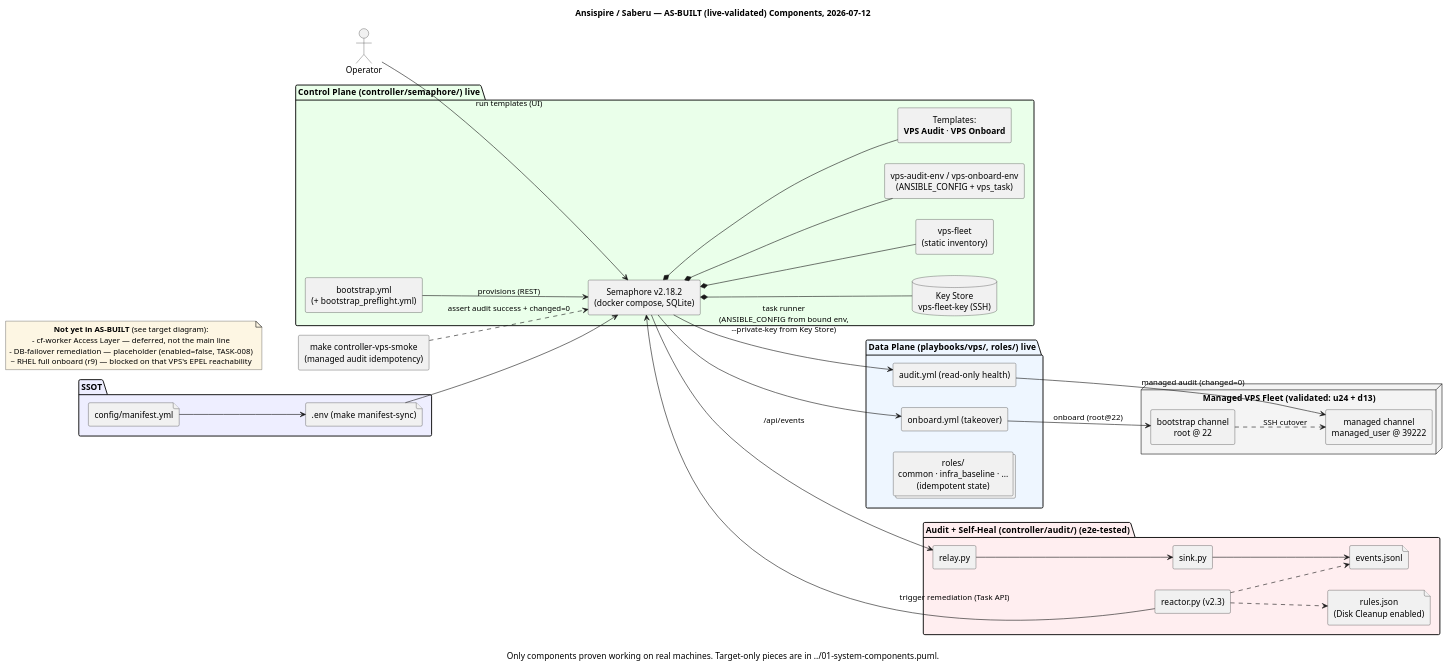
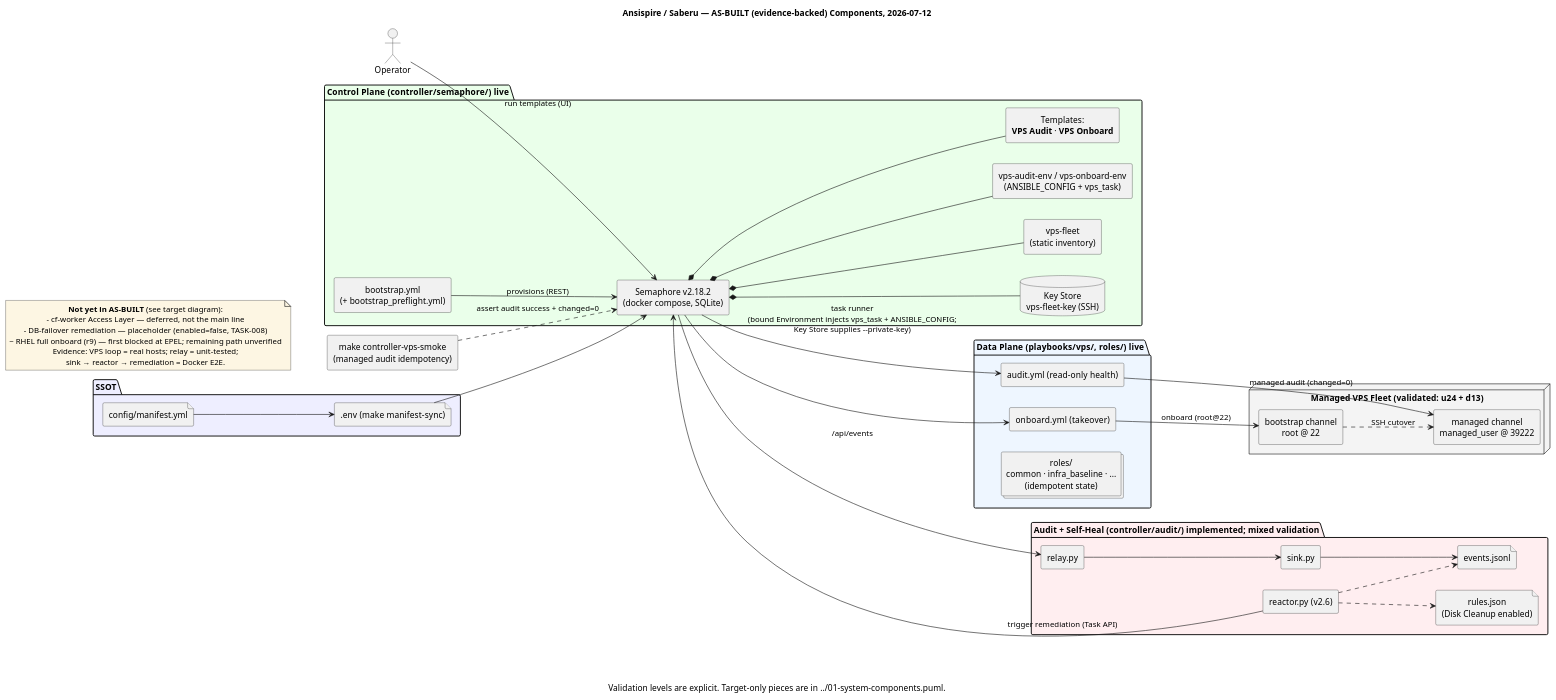
The diagram in docs/feat-target-architecture/diagrams/as-built/01-components-as-built.puml (taoziyoyo2566/ansispire), drawn with PlantUML before and after one commit. The commit also changed 45 other files, not shown here.

First line of the commit message:
docs(feat-target-architecture): own the diagram set in the feature hub; reconcile doc truth (round 13)

```diff
--- a/docs/feat-target-architecture/diagrams/as-built/01-components-as-built.puml
+++ b/docs/feat-target-architecture/diagrams/as-built/01-components-as-built.puml
@@ -1,73 +1,75 @@
 @startuml ansispire-components-as-built
-title Ansispire / Saberu — AS-BUILT (live-validated) Components, 2026-07-12
-caption Only components proven working on real machines. Target-only pieces are in ../01-system-components.puml.
+title Ansispire / Saberu — AS-BUILT (evidence-backed) Components, 2026-07-12
+caption Validation levels are explicit. Target-only pieces are in ../01-system-components.puml.
 skinparam componentStyle rectangle
 skinparam shadowing false
 skinparam defaultTextAlignment center
 left to right direction
 
 actor Operator as OP
 
 package "SSOT" #eef {
   file "config/manifest.yml" as MAN
   file ".env  (make manifest-sync)" as ENV
   MAN --> ENV
 }
 
 package "Control Plane  (controller/semaphore/)  live" as CP #eaffea {
   component "Semaphore v2.18.2\n(docker compose, SQLite)" as SEM
   component "bootstrap.yml\n(+ bootstrap_preflight.yml)" as BOOT
   database "Key Store\nvps-fleet-key (SSH)" as KS
   component "vps-fleet\n(static inventory)" as INV
   component "vps-audit-env / vps-onboard-env\n(ANSIBLE_CONFIG + vps_task)" as ENVR
   component "Templates:\n**VPS Audit** · **VPS Onboard**" as TPL
   BOOT --> SEM : provisions (REST)
   SEM *-- KS
   SEM *-- INV
   SEM *-- ENVR
   SEM *-- TPL
 }
 
 package "Data Plane  (playbooks/vps/, roles/)  live" as DP #eef6ff {
   component "audit.yml  (read-only health)" as AUD
   component "onboard.yml  (takeover)" as ONB
   collections "roles/\ncommon · infra_baseline · ...\n(idempotent state)" as ROLES
 }
 
-package "Audit + Self-Heal  (controller/audit/)  (e2e-tested)" as AP #ffeef0 {
+package "Audit + Self-Heal  (controller/audit/)  implemented; mixed validation" as AP #ffeef0 {
   component "relay.py" as RELAY
   component "sink.py" as SINK
   file "events.jsonl" as EJL
-  component "reactor.py (v2.3)" as REACT
+  component "reactor.py (v2.6)" as REACT
   file "rules.json\n(Disk Cleanup enabled)" as RULES
   RELAY --> SINK
   SINK --> EJL
   REACT ..> EJL
   REACT ..> RULES
 }
 
 node "Managed VPS Fleet  (validated: u24 + d13)" as FLEET #f4f4f4 {
   component "bootstrap channel\nroot @ 22" as BC
   component "managed channel\nmanaged_user @ 39222" as MC
 }
 
 component "make controller-vps-smoke\n(managed audit idempotency)" as SMOKE
 
 OP --> SEM : run templates (UI)
 ENV --> SEM
-SEM --> AUD : task runner\n(ANSIBLE_CONFIG from bound env,\n--private-key from Key Store)
+SEM --> AUD : task runner\n(bound Environment injects vps_task + ANSIBLE_CONFIG;\nKey Store supplies --private-key)
 SEM --> ONB
 ONB --> BC : onboard (root@22)
 BC ..> MC : SSH cutover
 AUD --> MC : managed audit (changed=0)
 SEM --> RELAY : /api/events
 REACT --> SEM : trigger remediation (Task API)
 SMOKE ..> SEM : assert audit success + changed=0
 
 note as N #fdf6e3
   **Not yet in AS-BUILT** (see target diagram):
   - cf-worker Access Layer — deferred, not the main line
   - DB-failover remediation — placeholder (enabled=false, TASK-008)
-  ~ RHEL full onboard (r9) — blocked on that VPS's EPEL reachability
+  ~ RHEL full onboard (r9) — first blocked at EPEL; remaining path unverified
+  Evidence: VPS loop = real hosts; relay = unit-tested;
+  sink → reactor → remediation = Docker E2E.
 end note
 @enduml
```
